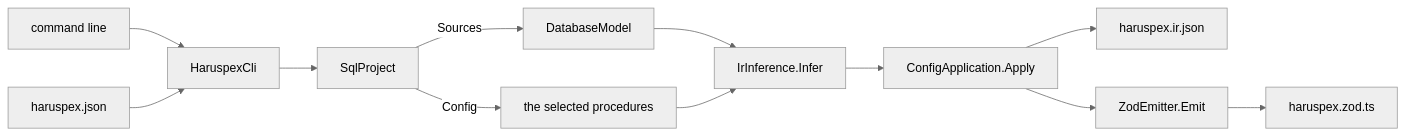
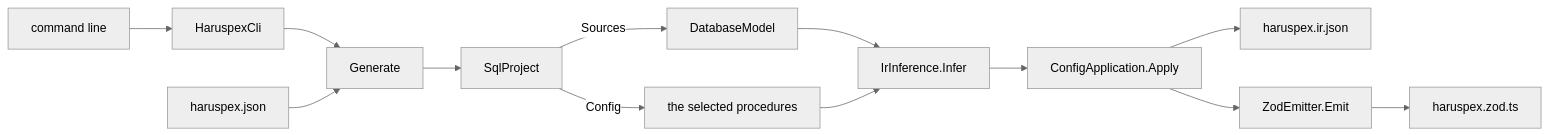
The diagram in src/Haruspex.Cli/README.md (haruspex-tools/haruspex), drawn with Mermaid (neutral theme) before and after one commit. The commit also changed other lines of this file and 1 other file, not shown here.

First line of the commit message:
The exit-code contract tested row by row, and the CLI README's promises kept

````diff
--- a/src/Haruspex.Cli/README.md
+++ b/src/Haruspex.Cli/README.md
@@ -14,14 +15,15 @@
 ```mermaid
 flowchart LR
     args["command line"] --> cli["HaruspexCli"]
-    configFile["haruspex.json"] --> cli
-    cli --> project["SqlProject"]
+    cli --> generate["Generate"]
+    configFile["haruspex.json"] --> generate
+    generate --> project["SqlProject"]
     project -->|Sources| model["DatabaseModel"]
     project -->|Config| selected["the selected procedures"]
     model --> infer["IrInference.Infer"]
     selected --> infer
     infer --> apply["ConfigApplication.Apply"]
     apply --> ir["haruspex.ir.json"]
     apply --> zod["ZodEmitter.Emit"]
     zod --> module["haruspex.zod.ts"]
 ```
````
